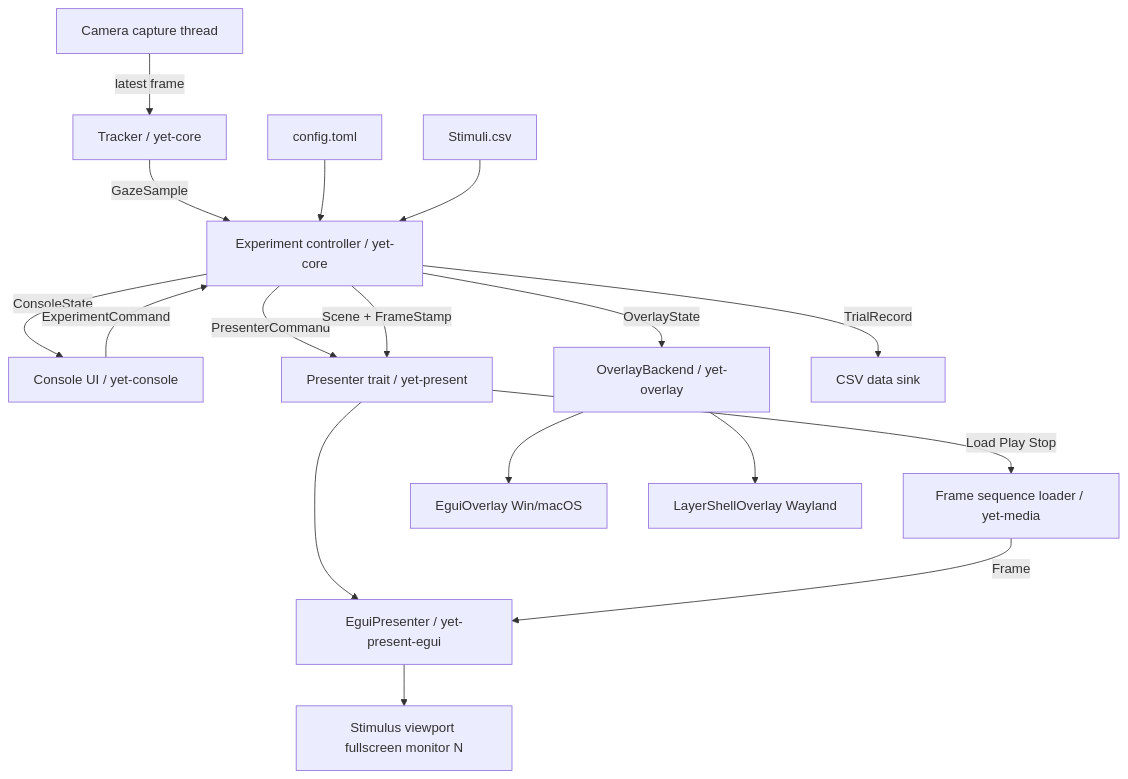
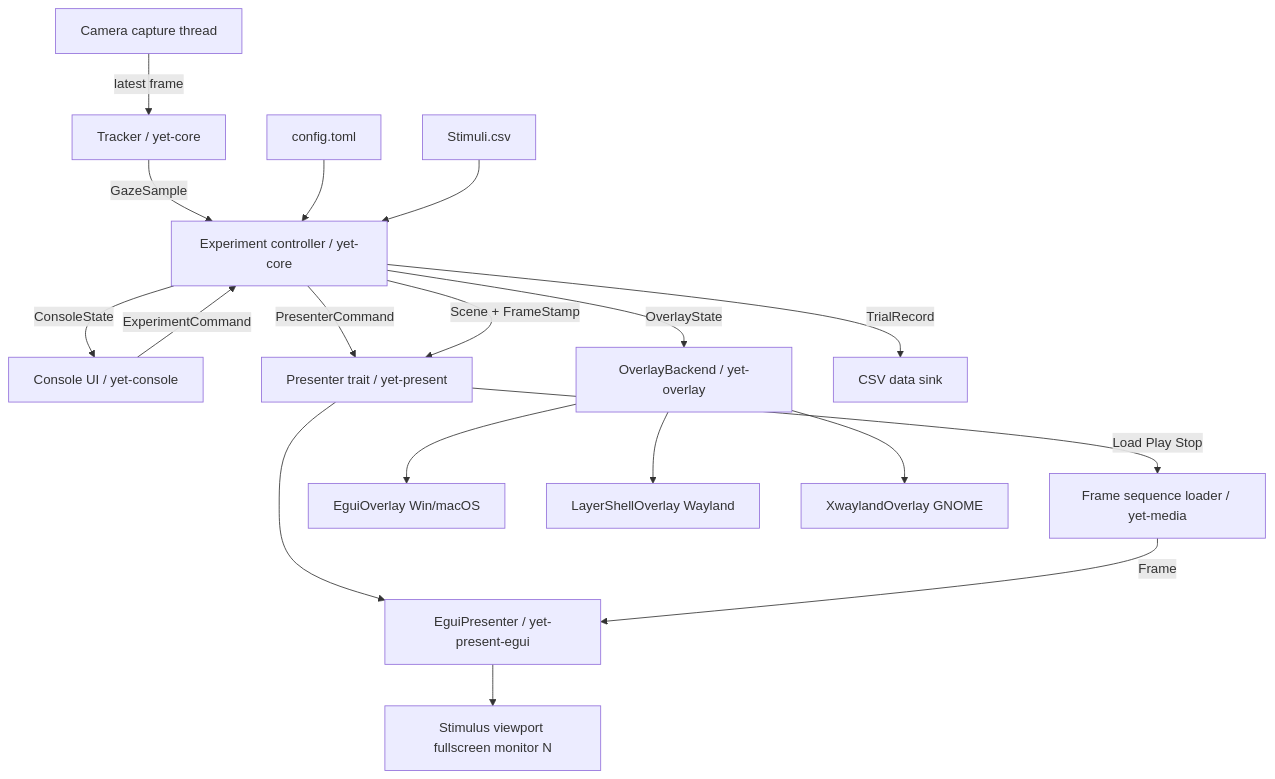
One commit to schmettow/yet-rs changed the diagram in UI_analysis.md. Above: the diagram before and after it, drawn with Mermaid. The commit also changed other lines of this file, not shown here.

````diff
--- a/UI_analysis.md
+++ b/UI_analysis.md
@@ -549,19 +602,20 @@
 ```mermaid
 flowchart TD
     A[Camera capture thread] -->|latest frame| B[Tracker / yet-core]
     B -->|GazeSample| C[Experiment controller / yet-core]
     M[config.toml] --> C
     N[Stimuli.csv] --> C
     C -->|ConsoleState| D[Console UI / yet-console]
     D -->|ExperimentCommand| C
     C -->|PresenterCommand| E[Presenter trait / yet-present]
     C -->|Scene + FrameStamp| E
     E --> F[EguiPresenter / yet-present-egui]
     F --> G[Stimulus viewport fullscreen monitor N]
     H[Frame sequence loader / yet-media] -->|Frame| F
     E -->|Load Play Stop| H
     C -->|OverlayState| I[OverlayBackend / yet-overlay]
     I --> J[EguiOverlay Win/macOS]
     I --> K[LayerShellOverlay Wayland]
+    I --> O[XwaylandOverlay GNOME]
     C -->|TrialRecord| L[CSV data sink]
 ```
````
